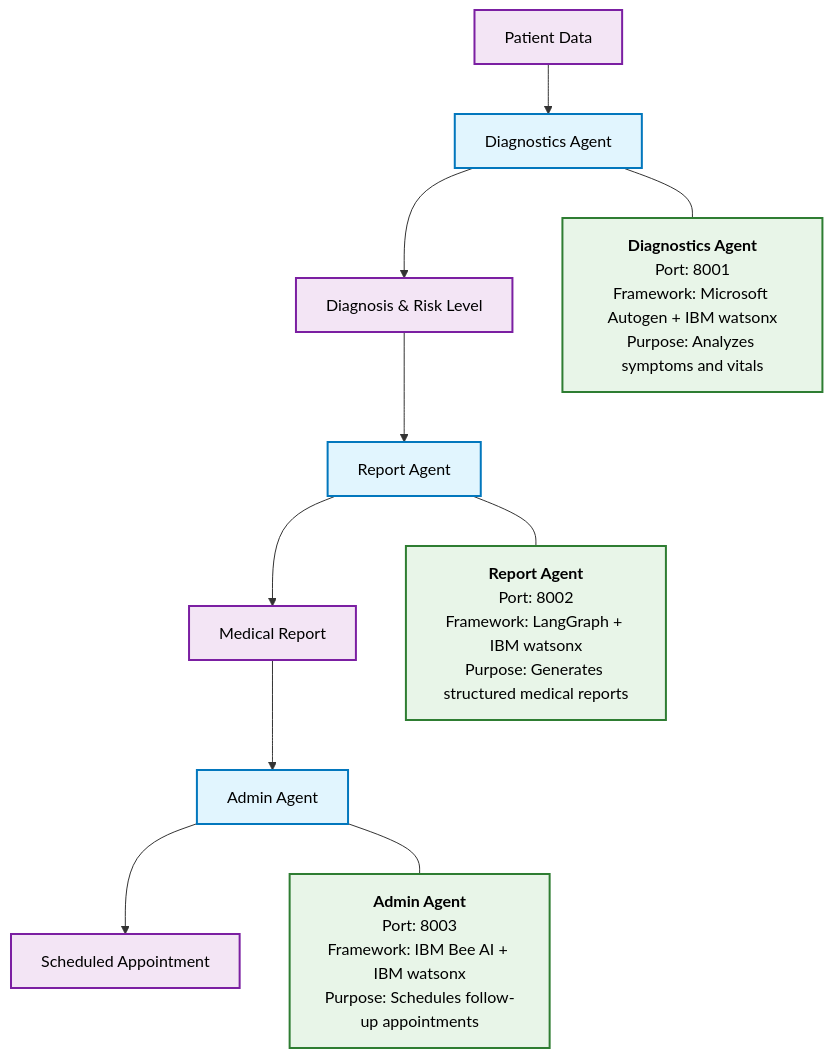
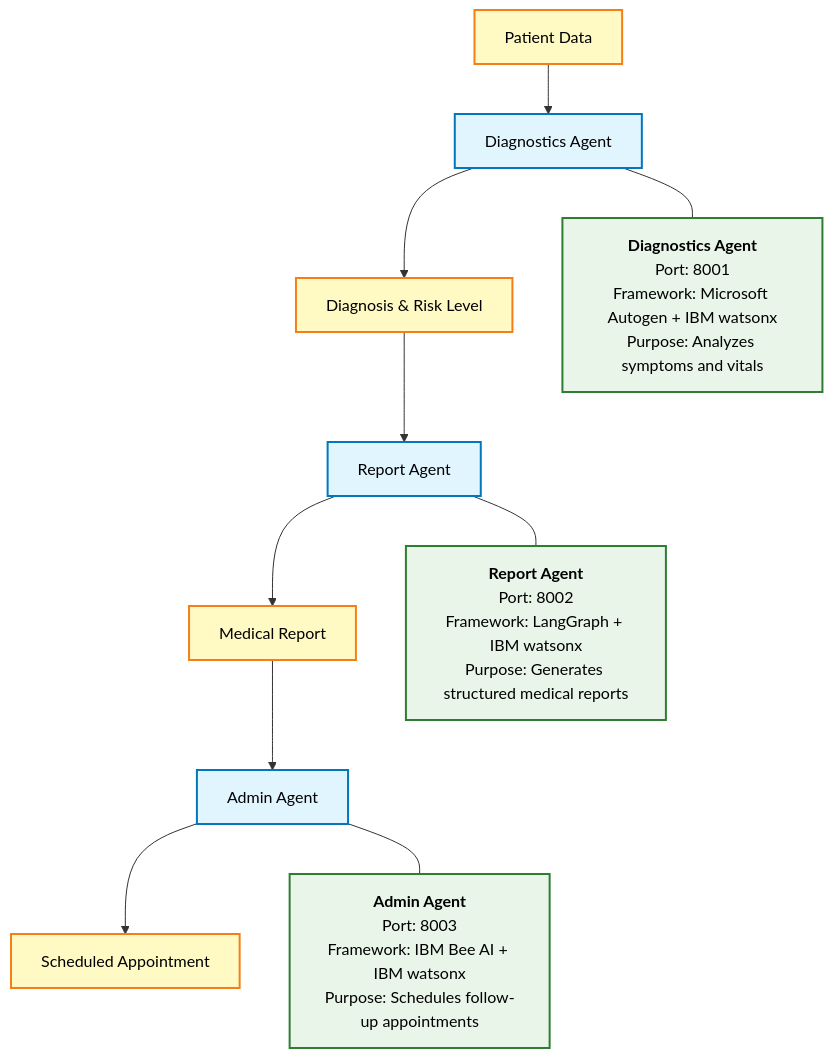
Before and after one commit to SinghSuryaDeep/Google-Agent2Agent-A2A-IBM-watsonx: the diagram in README.md, drawn with Mermaid.

````diff
--- a/README.md
+++ b/README.md
@@ -50,34 +50,34 @@
 ```mermaid
 graph TB
     A[Patient Data] --> B[Diagnostics Agent]
     B --> C[Diagnosis & Risk Level]
     C --> D[Report Agent]
     D --> E[Medical Report]
     E --> F[Admin Agent]
     F --> G[Scheduled Appointment]
     
     %% Agent Detail Boxes
     B --- B1["`**Diagnostics Agent**
     Port: 8001
     Framework: Microsoft Autogen + IBM watsonx
     Purpose: Analyzes symptoms and vitals`"]
     
     D --- D1["`**Report Agent**
     Port: 8002
     Framework: LangGraph + IBM watsonx
     Purpose: Generates structured medical reports`"]
     
     F --- F1["`**Admin Agent**
     Port: 8003
     Framework: IBM Bee AI + IBM watsonx
     Purpose: Schedules follow-up appointments`"]
     
     %% Styling
     classDef agentBox fill:#e1f5fe,stroke:#0277bd,stroke-width:2px,color:#000
-    classDef dataBox fill:#f3e5f5,stroke:#7b1fa2,stroke-width:2px,color:#000
+    classDef dataBox fill:#fff9c4,stroke:#f57f17,stroke-width:2px,color:#000
     classDef processBox fill:#e8f5e8,stroke:#2e7d32,stroke-width:2px,color:#000
     
     class B,D,F agentBox
     class A,C,E,G dataBox
     class B1,D1,F1 processBox
 ```
````
